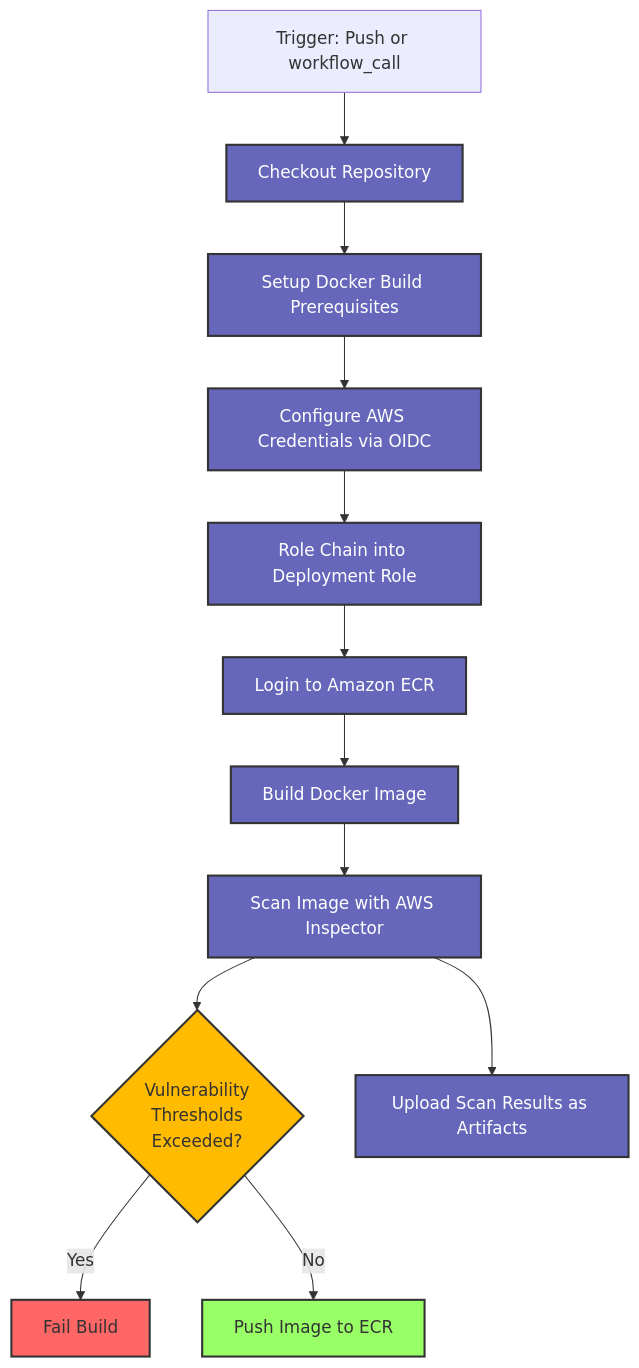
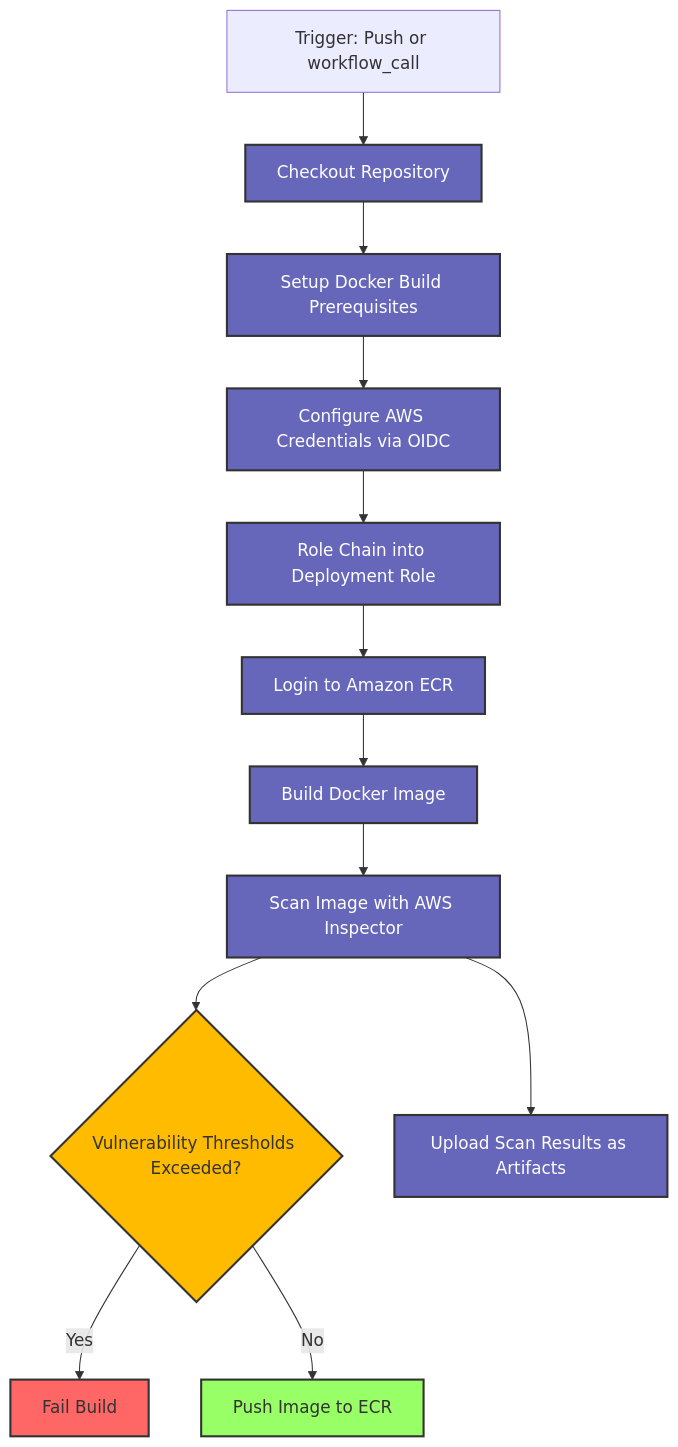
Before and after one commit to tnh/docker-ecr-github-action-inspector-scanner-example: the diagram in README.md, drawn with Mermaid.

Commit message:
minor change to diagram

````diff
--- a/README.md
+++ b/README.md
@@ -28,24 +28,24 @@
 ```mermaid
 flowchart TD
     A[Trigger: Push or workflow_call] --> B[Checkout Repository]
     B --> C[Setup Docker Build Prerequisites]
     C --> D[Configure AWS Credentials via OIDC]
     D --> E[Role Chain into Deployment Role]
     E --> F[Login to Amazon ECR]
     F --> G[Build Docker Image]
     G --> H[Scan Image with AWS Inspector]
-    H --> I{Vulnerability\nThresholds\nExceeded?}
+    H --> I{Vulnerability Thresholds Exceeded?}
     I -->|Yes| J[Fail Build]
     I -->|No| K[Push Image to ECR]
     H --> L[Upload Scan Results as Artifacts]
     
     classDef success fill:#9f6,stroke:#333,stroke-width:2px;
     classDef failure fill:#f66,stroke:#333,stroke-width:2px;
     classDef process fill:#66b,stroke:#333,stroke-width:2px,color:#fff;
     classDef condition fill:#fb0,stroke:#333,stroke-width:2px;
     
     class K success;
     class J failure;
     class B,C,D,E,F,G,H,L process;
     class I condition;
 ```
````
